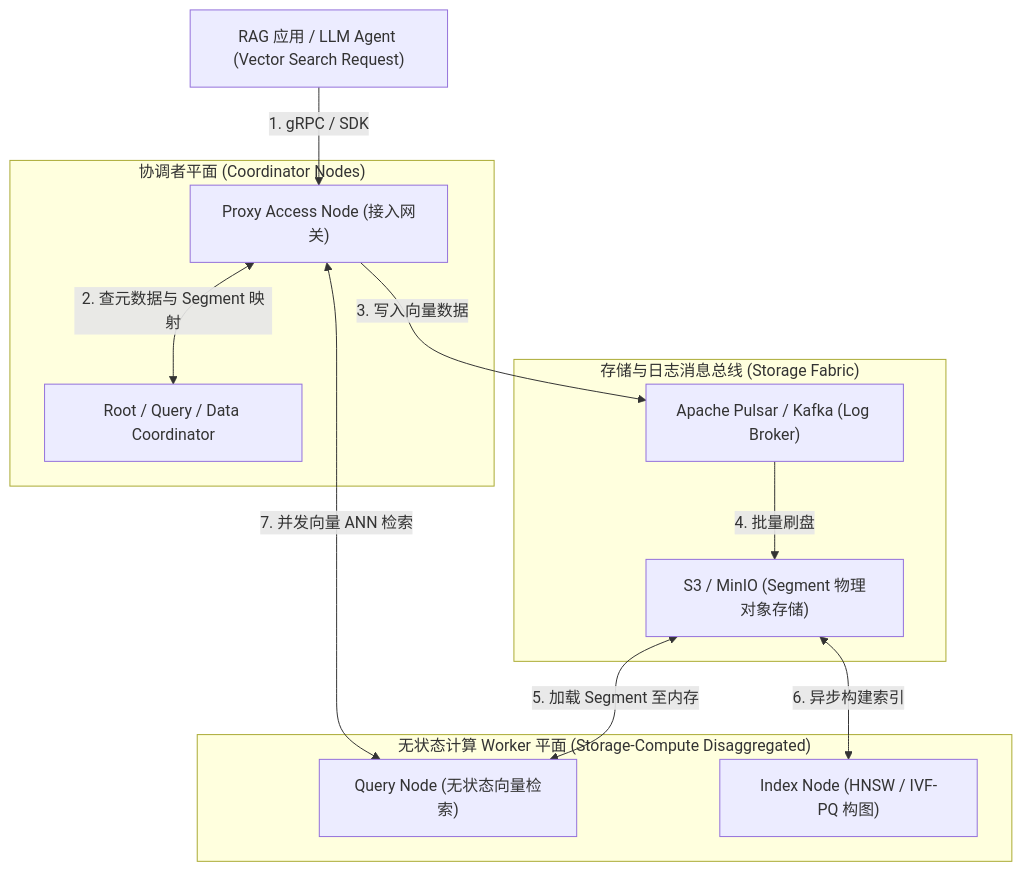
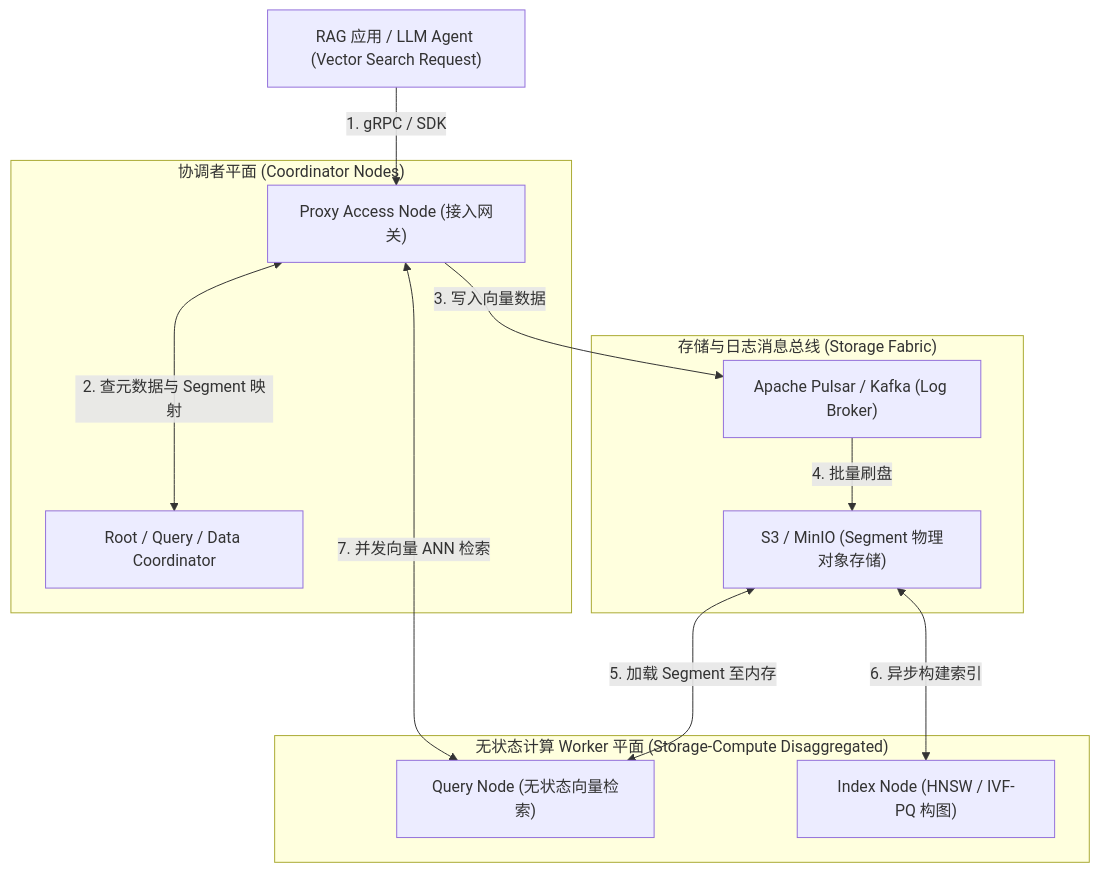
One commit to koosai/AI-Architect-Learning changed the first of 6 diagrams in docs/atlas/milvus.mdx. Above: the diagram before and after it, drawn with Mermaid. The commit also changed other lines of this file and 68 other files, not shown here.

Commit message:
fix(atlas): fix browser client-side Mermaid rendering for mindmaps and flowcharts across 67 case studies

````diff
--- a/docs/atlas/milvus.mdx
+++ b/docs/atlas/milvus.mdx
@@ -49,20 +49,20 @@
 ```mermaid
 graph TD
   ClientApp["RAG 应用 / LLM Agent (Vector Search Request)"] -->|1. gRPC / SDK| ProxyNode["Proxy Access Node (接入网关)"]
   
   subgraph CoordinatorPlane["协调者平面 (Coordinator Nodes)"]
-    ProxyNode <-->|2. 查元数据与 Segment 映射| RootCoord["Root / Query / Data Coordinator"]
+    ProxyNode <--->|2. 查元数据与 Segment 映射| RootCoord["Root / Query / Data Coordinator"]
   end
 
   subgraph MessageAndStorageFabric["存储与日志消息总线 (Storage Fabric)"]
     ProxyNode -->|3. 写入向量数据| PulsarLog["Apache Pulsar / Kafka (Log Broker)"]
     PulsarLog -->|4. 批量刷盘| ObjectStorage["S3 / MinIO (Segment 物理对象存储)"]
   end
 
   subgraph WorkerComputeNodes["无状态计算 Worker 平面 (Storage-Compute Disaggregated)"]
-    ObjectStorage <-->|5. 加载 Segment 至内存| QueryNode["Query Node (无状态向量检索)"]
-    ObjectStorage <-->|6. 异步构建索引| IndexNode["Index Node (HNSW / IVF-PQ 构图)"]
+    ObjectStorage <--->|5. 加载 Segment 至内存| QueryNode["Query Node (无状态向量检索)"]
+    ObjectStorage <--->|6. 异步构建索引| IndexNode["Index Node (HNSW / IVF-PQ 构图)"]
   end
 
-  ProxyNode <-->|7. 并发向量 ANN 检索| QueryNode
+  ProxyNode <--->|7. 并发向量 ANN 检索| QueryNode
 ```
````
